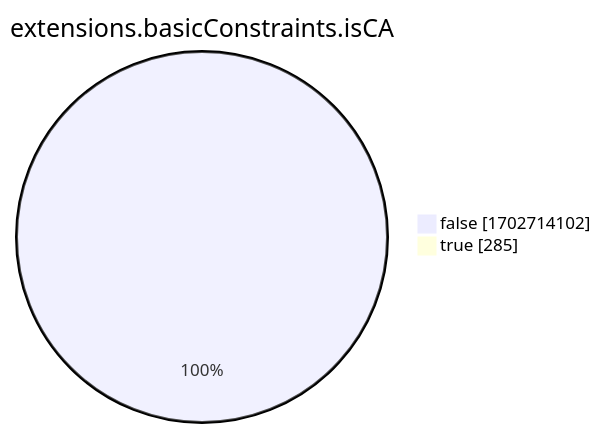
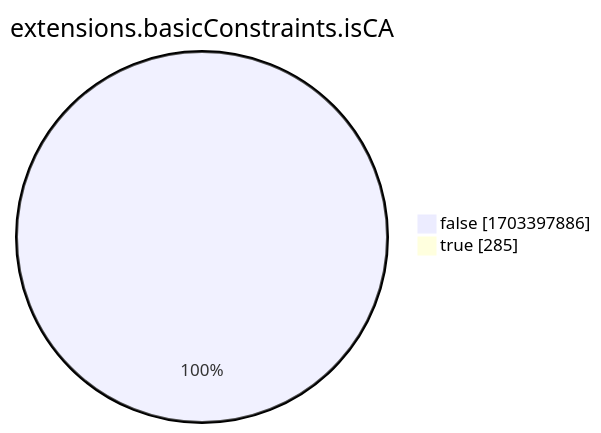
One commit to christiankrug/ctmonitor_visualization changed the eighth of 15 diagrams in xenon2022/README.md. Above: the diagram before and after it, drawn with Mermaid. The commit also changed other lines of this file, not shown here.

````diff
--- a/xenon2022/README.md
+++ b/xenon2022/README.md
@@ -2865,6 +2865,6 @@
 ```mermaid
 pie showData
 title extensions.basicConstraints.isCA
-"false" :1702714102
+"false" :1703397886
 "true" :285
 ```
````
